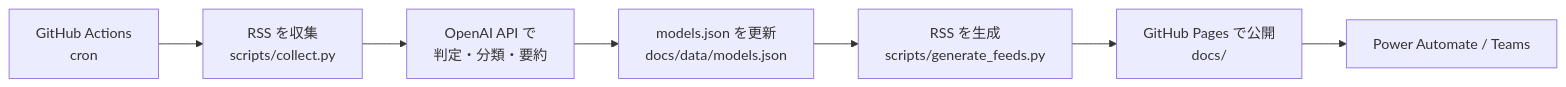
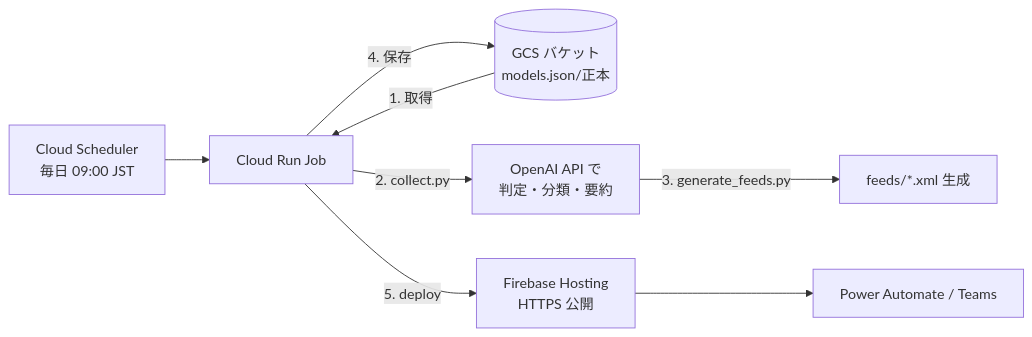
The diagram in README.md (rararapi/llm-watch-feed), drawn with Mermaid before and after one commit. The commit also changed other lines of this file and 28 other files, not shown here.

First line of the commit message:
feat: deploy pipeline on GCP (Cloud Run Job + GCS + Firebase Hosting)

````diff
--- a/README.md
+++ b/README.md
@@ -34,9 +23,10 @@
 ```mermaid
 flowchart LR
-    A[GitHub Actions<br/>cron] --> B[RSS を収集<br/>scripts/collect.py]
-    B --> C[OpenAI API で<br/>判定・分類・要約]
-    C --> D[models.json を更新<br/>docs/data/models.json]
-    D --> E[RSS を生成<br/>scripts/generate_feeds.py]
-    E --> F[GitHub Pages で公開<br/>docs/]
-    F --> G[Power Automate / Teams]
+    S[Cloud Scheduler<br/>毎日 09:00 JST] --> J[Cloud Run Job]
+    G[(GCS バケット<br/>models.json/正本)] -->|1. 取得| J
+    J -->|2. collect.py| K[OpenAI API で<br/>判定・分類・要約]
+    K -->|3. generate_feeds.py| F[feeds/*.xml 生成]
+    J -->|4. 保存| G
+    J -->|5. deploy| H[Firebase Hosting<br/>HTTPS 公開]
+    H --> P[Power Automate / Teams]
 ```
````
